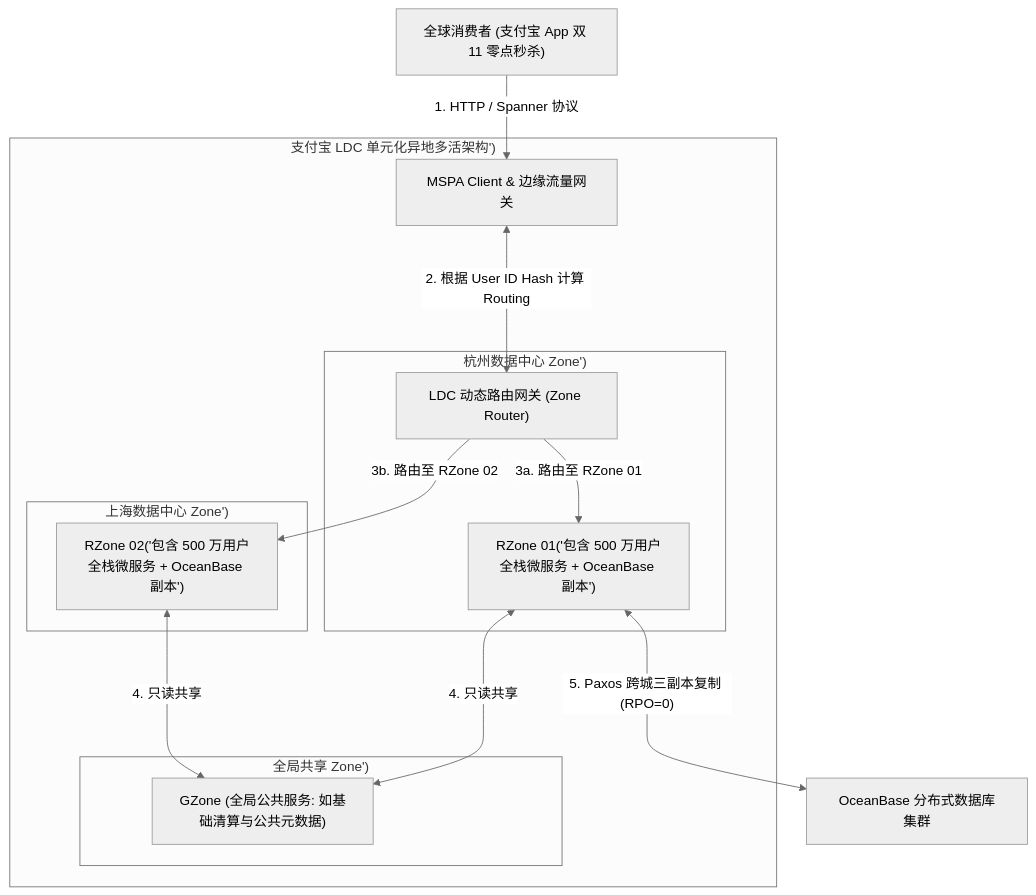
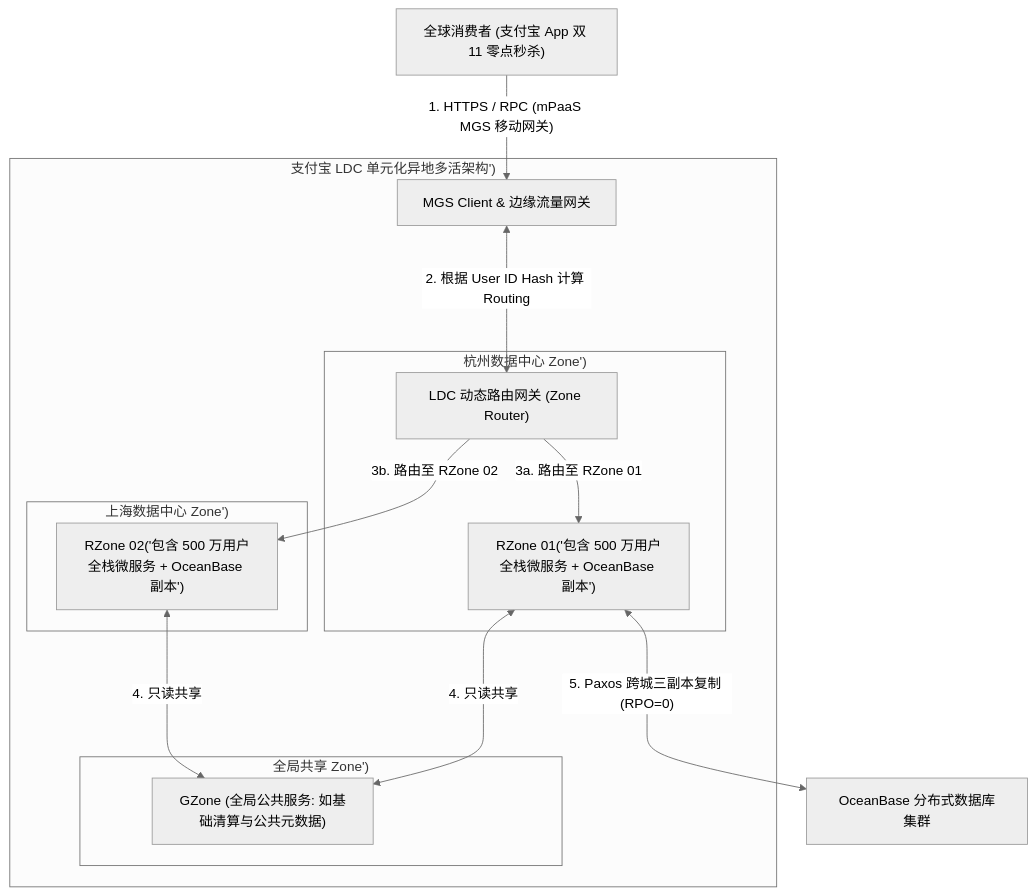
Before and after one commit to koosai/AI-Architect-Learning: the first of 6 diagrams in docs/atlas/alipay.mdx, drawn with Mermaid (neutral theme). The commit also changed 2 other files, not shown here.

Commit message:
feat(gate+precision): 门禁强制组件参数约定 + 修正图示事实错误
精细度加固(让"约定漂移"不可回退):
- quality-gate.mjs 新增 P1 约定检查:
  * QuizCard: 数字 answer 须落在选项区间、选项>=2
  * TradeoffExplorer: scores 长度==dimensions 长度、分值 0-5 刻度
  * GlossaryTerm 须有 definition(P1); ResearchNote 须有 href(P2)
  修复后全站 253 个 TradeoffExplorer / 736 个 scores 数组 0 违规。

图示事实修正:
- alipay: 图边误标 "Spanner 协议"(Google 专有) -> 改 "HTTPS/RPC (mPaaS MGS 移动网关)"
- kafka: "Broker 属于纯无状态的消息路由器" 表述错误 -> 澄清 Broker 有状态
  (持久化分区日志到本地磁盘)、仅不跟踪消费者 offset

门禁 P0=0, P1=0。

Claude-Session: https://claude.ai/code/session_01Ng1wrbYWn8NVaA5u5mrGs3

````diff
--- a/docs/atlas/alipay.mdx
+++ b/docs/atlas/alipay.mdx
@@ -52,22 +52,22 @@
 ```mermaid
 graph TD
-  UserClient["全球消费者 (支付宝 App 双 11 零点秒杀)"] -->|"1. HTTP / Spanner 协议"| EdgeGW["MSPA Client & 边缘流量网关"]
+  UserClient["全球消费者 (支付宝 App 双 11 零点秒杀)"] -->|"1. HTTPS / RPC (mPaaS MGS 移动网关)"| EdgeGW["MGS Client & 边缘流量网关"]
   
   subgraph LDCUnitArchitecture ["支付宝 LDC 单元化异地多活架构')"]
     EdgeGW <--->|"2. 根据 User ID Hash 计算 Routing"| LDCRouter["LDC 动态路由网关 (Zone Router)"]
     
     subgraph HangzhouDataCenter ["杭州数据中心 Zone')"]
       LDCRouter -->|"3a. 路由至 RZone 01"| RZone01["RZone 01('包含 500 万用户全栈微服务 + OceanBase 副本')"]
     end
     
     subgraph ShanghaiDataCenter ["上海数据中心 Zone')"]
       LDCRouter -->|"3b. 路由至 RZone 02"| RZone02["RZone 02('包含 500 万用户全栈微服务 + OceanBase 副本')"]
     end
     
     subgraph GlobalCommonZone ["全局共享 Zone')"]
       RZone01 & RZone02 <--->|"4. 只读共享"| GZone["GZone (全局公共服务: 如基础清算与公共元数据)"]
     end
   end
 
   RZone01 <--->|"5. Paxos 跨城三副本复制 (RPO=0)"| OceanBaseCluster["OceanBase 分布式数据库集群"]
 ```
````
